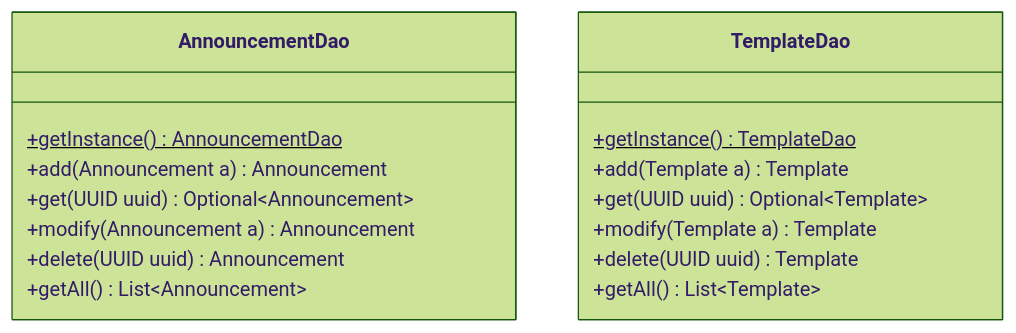
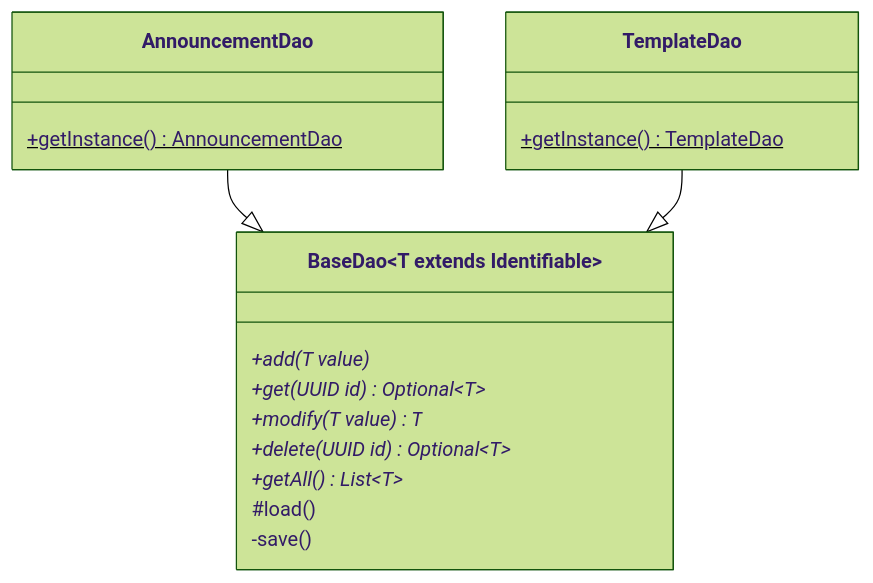
Before and after one commit to nanoyou/MaidNana: the second of 3 diagrams in docs/class-diagram.md, drawn with Mermaid (forest theme).

Commit message:
doc: 修改 Dao 类图

````diff
--- a/docs/class-diagram.md
+++ b/docs/class-diagram.md
@@ -39,21 +39,20 @@
 ```mermaid
 classDiagram
+class BaseDao~T extends Identifiable~ {
+    +add(T value)*
+    +get(UUID id)* Optional~T~
+    +modify(T value)* T
+    +delete(UUID id)* Optional~T~
+    +getAll()* List~T~
+    #load()
+    -save()
+}
 class AnnouncementDao {
     +getInstance()$ AnnouncementDao
-    
-    +add(Announcement a) Announcement
-    +get(UUID uuid) Optional~Announcement~
-    +modify(Announcement a) Announcement
-    +delete(UUID uuid) Announcement 
-    +getAll() List~Announcement~
 }
+AnnouncementDao --|> BaseDao
 class TemplateDao {
     +getInstance()$ TemplateDao
-    
-    +add(Template a) Template
-    +get(UUID uuid) Optional~Template~
-    +modify(Template a) Template
-    +delete(UUID uuid) Template
-    +getAll() List~Template~
 }
+TemplateDao --|> BaseDao
 ```
````
